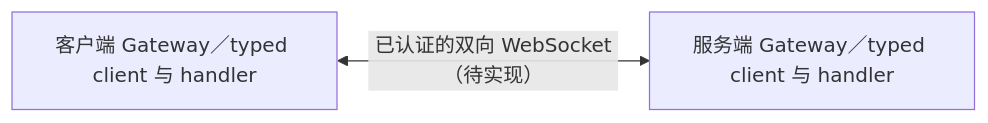
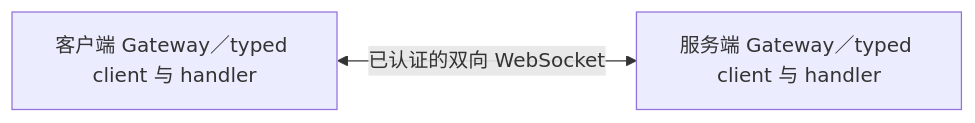
Before and after one commit to tctony-labs/xiaowei: the third of 3 diagrams in docs/gateway.md, drawn with Mermaid. The commit also changed other lines of this file and 95 other files, not shown here.

First line of the commit message:
feat(server): unify APIs over HTTP and authenticated WebSocket

````diff
--- a/docs/gateway.md
+++ b/docs/gateway.md
@@ -143,4 +143,4 @@
 ```mermaid
 flowchart LR
-    Client["客户端 Gateway／typed client 与 handler"] <-->|"已认证的双向 WebSocket（待实现）"| Server["服务端 Gateway／typed client 与 handler"]
+    Client["客户端 Gateway／typed client 与 handler"] <-->|"已认证的双向 WebSocket"| Server["服务端 Gateway／typed client 与 handler"]
 ```
````
